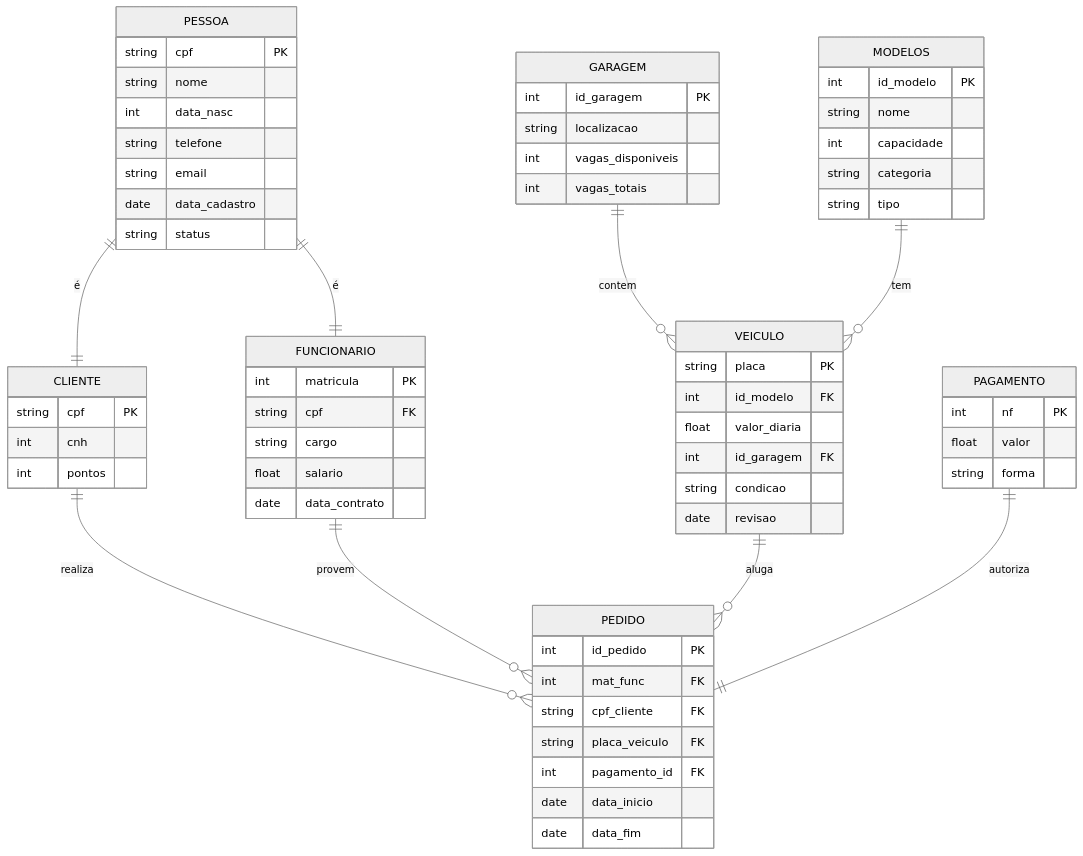
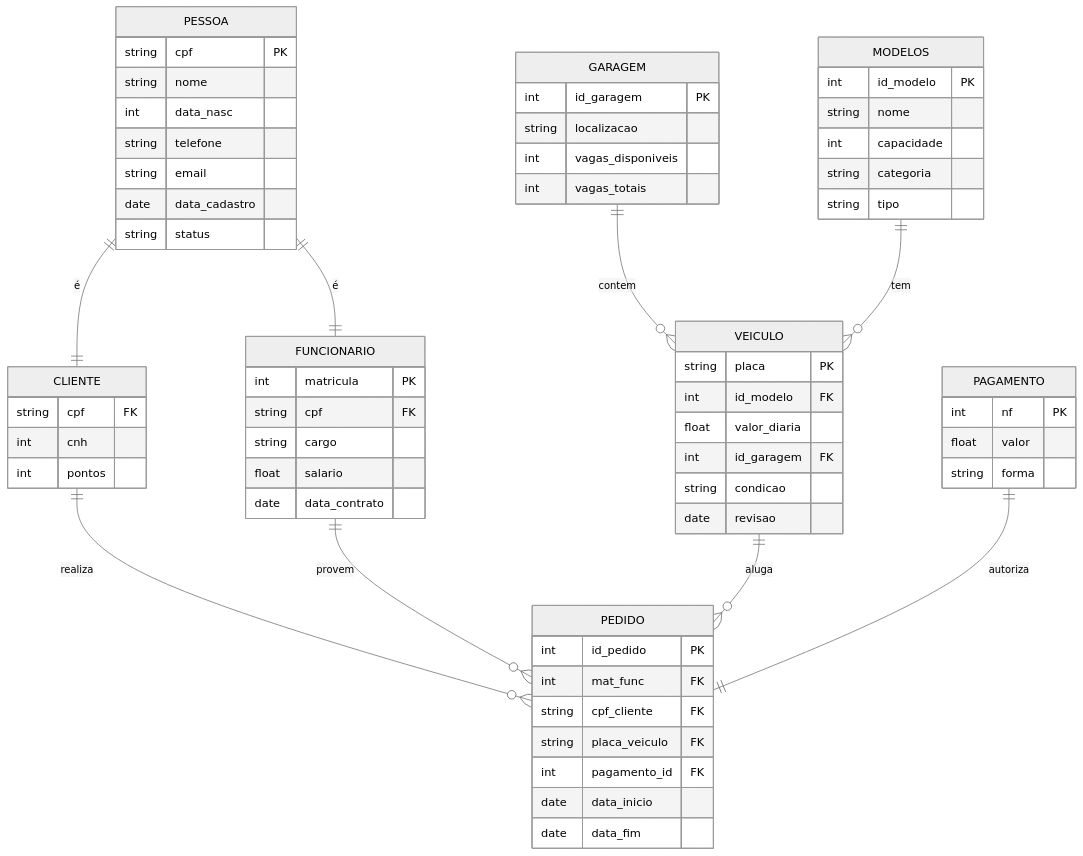
The diagram in README.md (pedro-tsa/alucar), drawn with Mermaid (neutral theme) before and after one commit.

````diff
--- a/README.md
+++ b/README.md
@@ -3,79 +3,79 @@
 ```mermaid
     erDiagram
 
 PESSOA {
     string cpf PK
     string nome
     int data_nasc
     string telefone
     string email
     date data_cadastro
     string status
 }
 
 CLIENTE {
-    string cpf PK
+    string cpf FK
     int cnh
     int pontos
 }
 
 FUNCIONARIO {
     int matricula PK
     string cpf FK
     string cargo
     float salario
     date data_contrato
 }
 
 VEICULO {
     string placa PK
     int id_modelo FK
     float valor_diaria
     int id_garagem FK
     string condicao
     date revisao
 }
 
 MODELOS {
     int id_modelo PK
     string nome
     int capacidade
     string categoria
     string tipo
 }
 
 GARAGEM {
     int id_garagem PK
     string localizacao
     int vagas_disponiveis
     int vagas_totais
 }
 
 PAGAMENTO {
     int nf PK
     float valor
     string forma
 }
 
 PEDIDO {
     int id_pedido PK
     int mat_func FK
     string cpf_cliente FK
     string placa_veiculo FK
     int pagamento_id FK
     date data_inicio
     date data_fim
 }
 PESSOA ||--|| CLIENTE : "é"
 PESSOA ||--|| FUNCIONARIO : "é"
 
 GARAGEM ||--o{ VEICULO : contem
 MODELOS ||--o{ VEICULO : tem
 
 CLIENTE ||--o{ PEDIDO : realiza
 FUNCIONARIO ||--o{ PEDIDO : provem
 VEICULO ||--o{ PEDIDO : aluga
 
 PAGAMENTO ||--|| PEDIDO : autoriza
 
 ```
````
